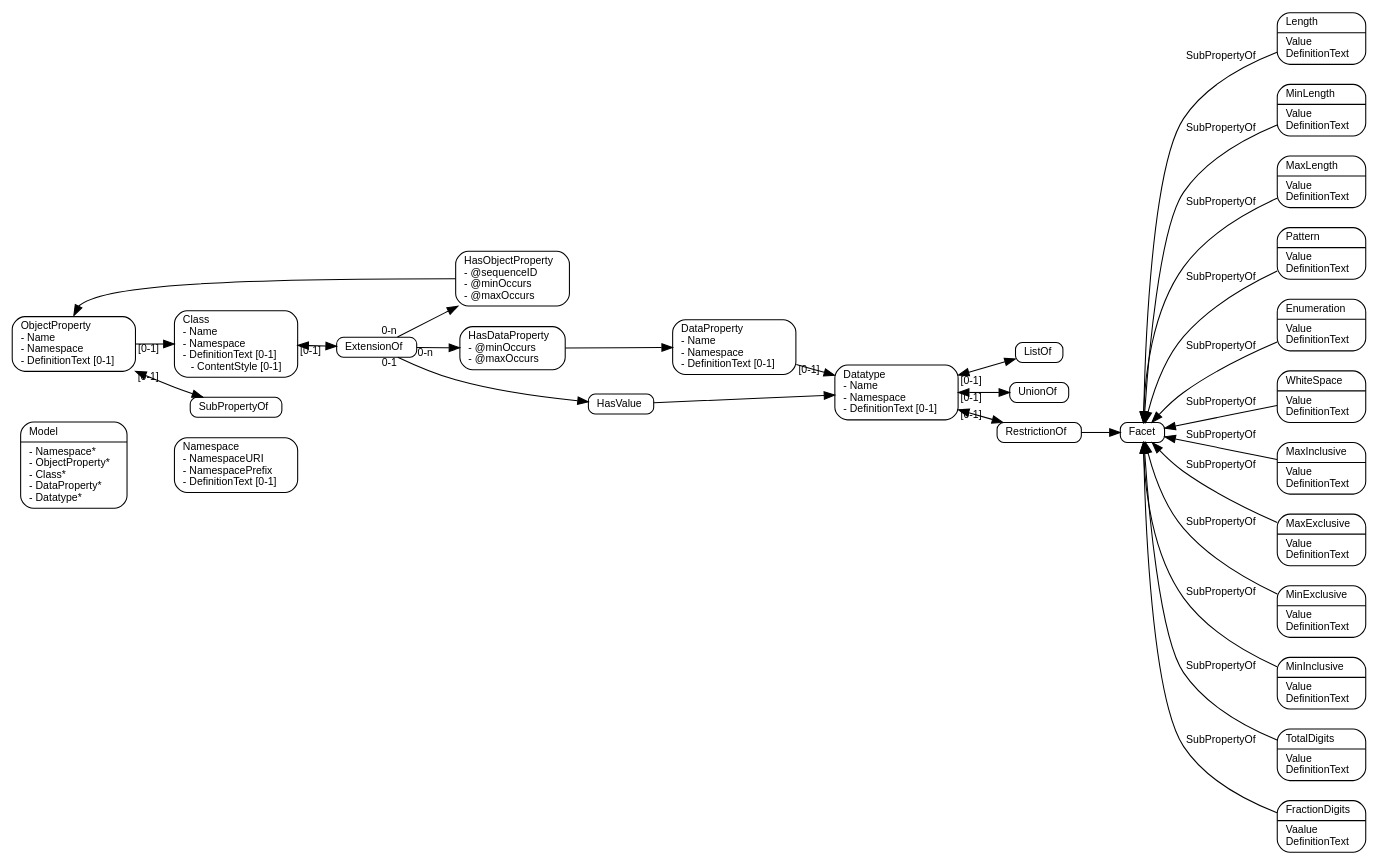
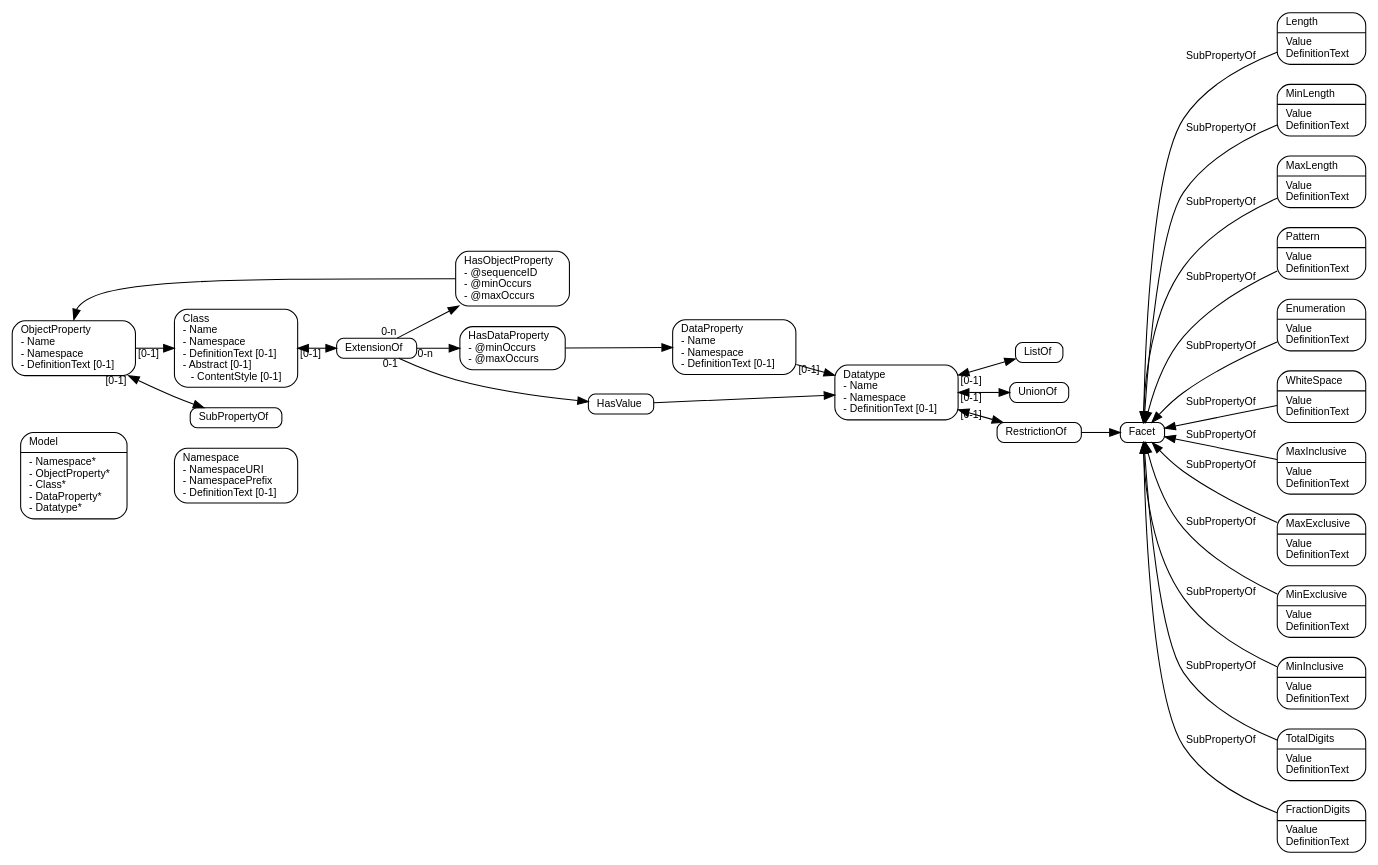
One commit to webb/niem-metamodel changed the diagram in metamodel.dot. Above: the diagram before and after it, drawn with Graphviz. The commit also changed 11 other files, not shown here.

Commit message:
Generates schema.

```diff
--- a/metamodel.dot
+++ b/metamodel.dot
@@ -1,77 +1,77 @@
 digraph G {
   edge [fontname = "Helvetica", fontsize = 10, dir = forward];
   node [fontname = "Helvetica", fontsize = 10, width = 0, height = 0];
   rankdir = LR;
 
   node [shape=Mrecord];
   
   // model ///////////////////////////////////////////////////////////////////
 
   Model [label="\N\l|- Namespace*\l- ObjectProperty*\l- Class*\l- DataProperty*\l- Datatype*\l"];
 
   // namespace ///////////////////////////////////////////////////////
 
   Namespace [label="\N\l- NamespaceURI\l- NamespacePrefix\l- DefinitionText [0-1]\l"];
 
   Model -> Namespace [style = invis];
 
   // object property ///////////////////////////////////////////////////////
 
   ObjectProperty [label="\N\l- Name\l- Namespace\l- DefinitionText [0-1]\l"];
   ObjectProperty -> Class [taillabel="[0-1]"];
   ObjectProperty -> SubPropertyOf [dir=both] [taillabel="[0-1]"];
 
   SubPropertyOf [label="\N\l"];
 
   // class ///////////////////////////////////////////////////////
 
-  Class [label="\N\l- Name\l- Namespace\l- DefinitionText [0-1]\l- ContentStyle [0-1]"];
+  Class [label="\N\l- Name\l- Namespace\l- DefinitionText [0-1]\l- Abstract [0-1]\l- ContentStyle [0-1]"];
   Class -> ExtensionOf [dir=both,taillabel="[0-1]"];
   ExtensionOf [label="\N\l"];
   ExtensionOf -> { HasDataProperty HasObjectProperty } [taillabel="0-n"];
   ExtensionOf -> HasValue [taillabel="0-1"];
   
   HasValue [label="\N\l"];
   HasValue -> Datatype;
 
   HasObjectProperty [label="\N\l- @sequenceID\l- @minOccurs\l- @maxOccurs\l"];
   HasObjectProperty:w -> ObjectProperty:n;
 
   HasDataProperty [label="\N\l- @minOccurs\l- @maxOccurs\l"];
   HasDataProperty -> DataProperty;
 
   // data property ///////////////////////////////////////////////////////
 
   DataProperty [label="\N\l- Name\l- Namespace\l- DefinitionText [0-1]\l"];
   DataProperty -> Datatype [taillabel="[0-1]"];
   
   // datatype ///////////////////////////////////////////////////////
 
   Datatype [label="\N\l- Name\l- Namespace\l- DefinitionText [0-1]\l"];
   Datatype -> ListOf [dir=both,taillabel="[0-1]"];
   Datatype -> UnionOf [dir=both,taillabel="[0-1]"];
   Datatype -> RestrictionOf [dir=both,taillabel="[0-1]"];
 
   ListOf [label="\N\l"];
   UnionOf [label="\N\l"];
   RestrictionOf [label="\N\l"];
   RestrictionOf -> Facet;
 
   // facets
   Facet [label="\N\l"];
   Length [label="\N\l|Value\lDefinitionText\l"];
   MinLength [label="\N\l|Value\lDefinitionText\l"];
   MaxLength [label="\N\l|Value\lDefinitionText\l"];
   Pattern [label="\N\l|Value\lDefinitionText\l"];
   Enumeration [label="\N\l|Value\lDefinitionText\l"];
   WhiteSpace [label="\N\l|Value\lDefinitionText\l"];
   MaxInclusive [label="\N\l|Value\lDefinitionText\l"];
   MaxExclusive [label="\N\l|Value\lDefinitionText\l"];
   MinExclusive [label="\N\l|Value\lDefinitionText\l"];
   MinInclusive [label="\N\l|Value\lDefinitionText\l"];
   TotalDigits [label="\N\l|Value\lDefinitionText\l"];
   FractionDigits [label="\N\l|Vaalue\lDefinitionText\l"];
 
   edge [dir=back, label="SubPropertyOf"];
   Facet -> { Length MinLength MaxLength Pattern Enumeration WhiteSpace MaxInclusive MaxExclusive MinExclusive MinInclusive TotalDigits FractionDigits }
 }
```
